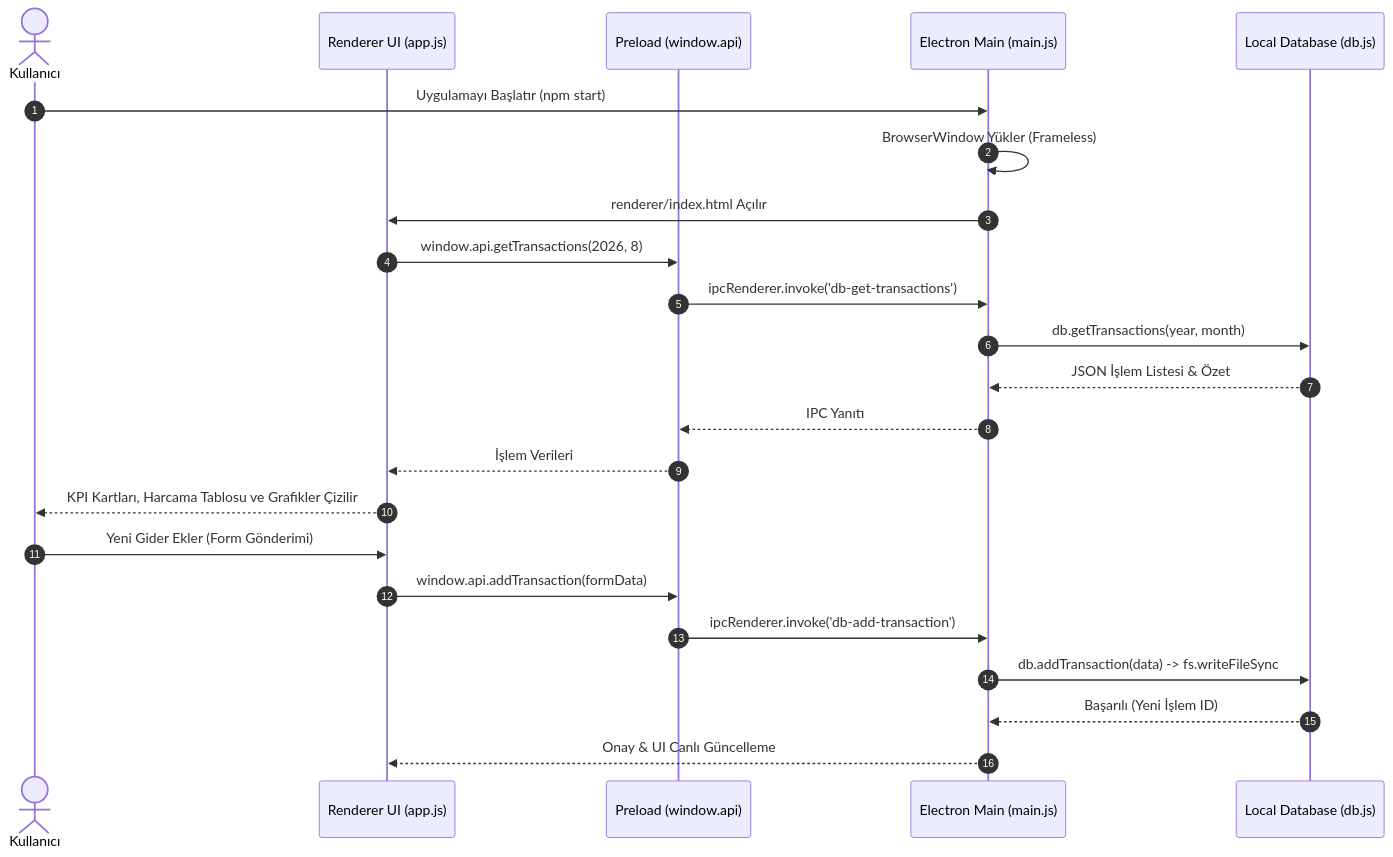
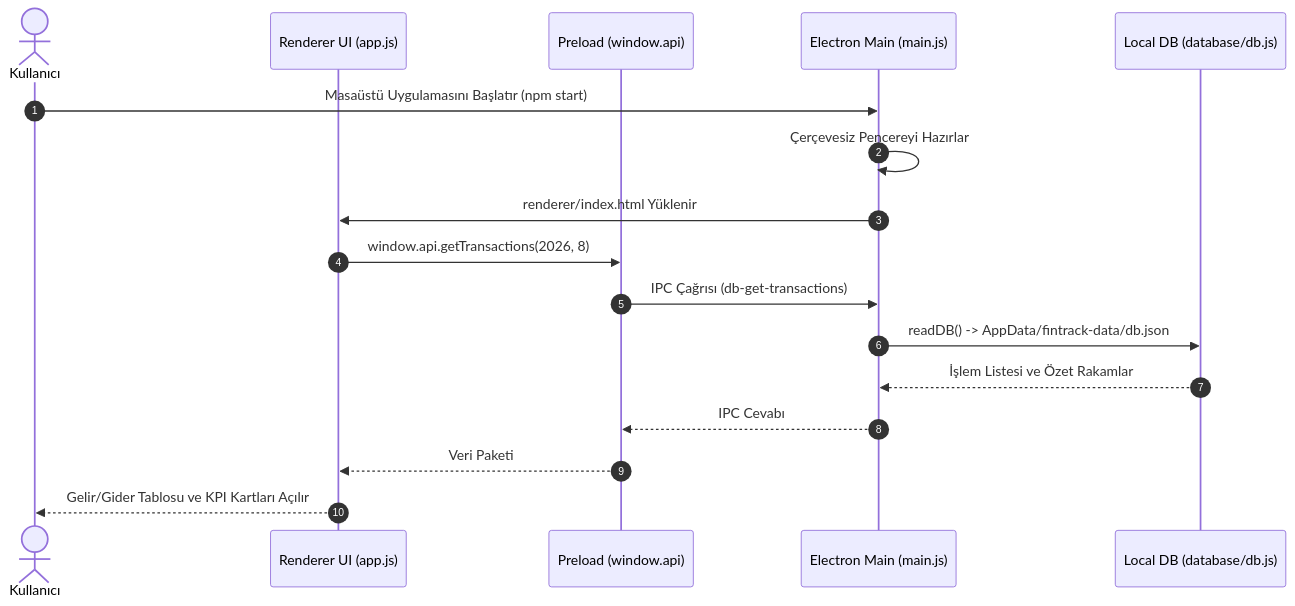
One commit to Bleezbub/Butce-Panosu-Uygulamas- changed the diagram in README.md. Above: the diagram before and after it, drawn with Mermaid. The commit also changed other lines of this file, not shown here.

Commit message:
docs: complete beginner-friendly user manual, installation guide and troubleshooting

````diff
--- a/README.md
+++ b/README.md
@@ -70,28 +65,21 @@
 ```mermaid
 sequenceDiagram
     autonumber
     actor User as Kullanıcı
     participant UI as Renderer UI (app.js)
     participant Bridge as Preload (window.api)
     participant Main as Electron Main (main.js)
-    participant DB as Local Database (db.js)
+    participant DB as Local DB (database/db.js)
 
-    User->>Main: Uygulamayı Başlatır (npm start)
-    Main->>Main: BrowserWindow Yükler (Frameless)
-    Main->>UI: renderer/index.html Açılır
+    User->>Main: Masaüstü Uygulamasını Başlatır (npm start)
+    Main->>Main: Çerçevesiz Pencereyi Hazırlar
+    Main->>UI: renderer/index.html Yüklenir
     
     UI->>Bridge: window.api.getTransactions(2026, 8)
-    Bridge->>Main: ipcRenderer.invoke('db-get-transactions')
-    Main->>DB: db.getTransactions(year, month)
-    DB-->>Main: JSON İşlem Listesi & Özet
-    Main-->>Bridge: IPC Yanıtı
-    Bridge-->>UI: İşlem Verileri
-    UI-->>User: KPI Kartları, Harcama Tablosu ve Grafikler Çizilir
-
-    User->>UI: Yeni Gider Ekler (Form Gönderimi)
-    UI->>Bridge: window.api.addTransaction(formData)
-    Bridge->>Main: ipcRenderer.invoke('db-add-transaction')
-    Main->>DB: db.addTransaction(data) -> fs.writeFileSync
-    DB-->>Main: Başarılı (Yeni İşlem ID)
-    Main-->>UI: Onay & UI Canlı Güncelleme
+    Bridge->>Main: IPC Çağrısı (db-get-transactions)
+    Main->>DB: readDB() -> AppData/fintrack-data/db.json
+    DB-->>Main: İşlem Listesi ve Özet Rakamlar
+    Main-->>Bridge: IPC Cevabı
+    Bridge-->>UI: Veri Paketi
+    UI-->>User: Gelir/Gider Tablosu ve KPI Kartları Açılır
 ```
````
